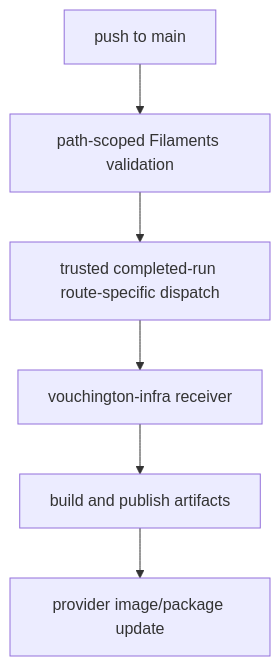
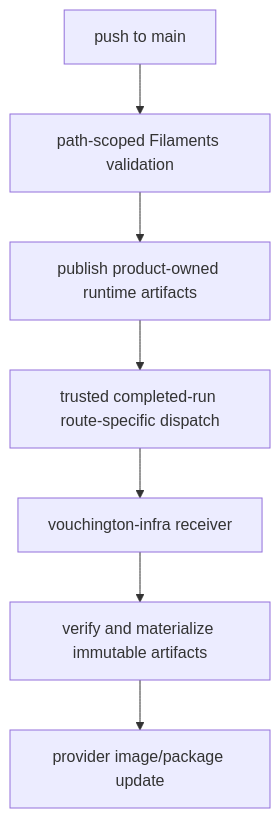
Before and after one commit to vouchington/vouchington: the diagram in docs/overview/infrastructure/reference-deployment-ci-cd-flow.md, drawn with Mermaid. The commit also changed other lines of this file and 8 other files, not shown here.

````diff
--- a/docs/overview/infrastructure/reference-deployment-ci-cd-flow.md
+++ b/docs/overview/infrastructure/reference-deployment-ci-cd-flow.md
@@ -7,8 +7,9 @@
 ```mermaid
 flowchart TD
     Push["push to main"] --> Validate["path-scoped Filaments validation"]
-    Validate --> Dispatch["trusted completed-run route-specific dispatch"]
+    Validate --> Publish["publish product-owned runtime artifacts"]
+    Publish --> Dispatch["trusted completed-run route-specific dispatch"]
     Dispatch --> Infra["vouchington-infra receiver"]
-    Infra --> Build["build and publish artifacts"]
-    Build --> Providers["provider image/package update"]
+    Infra --> Materialize["verify and materialize immutable artifacts"]
+    Materialize --> Providers["provider image/package update"]
 ```
````
